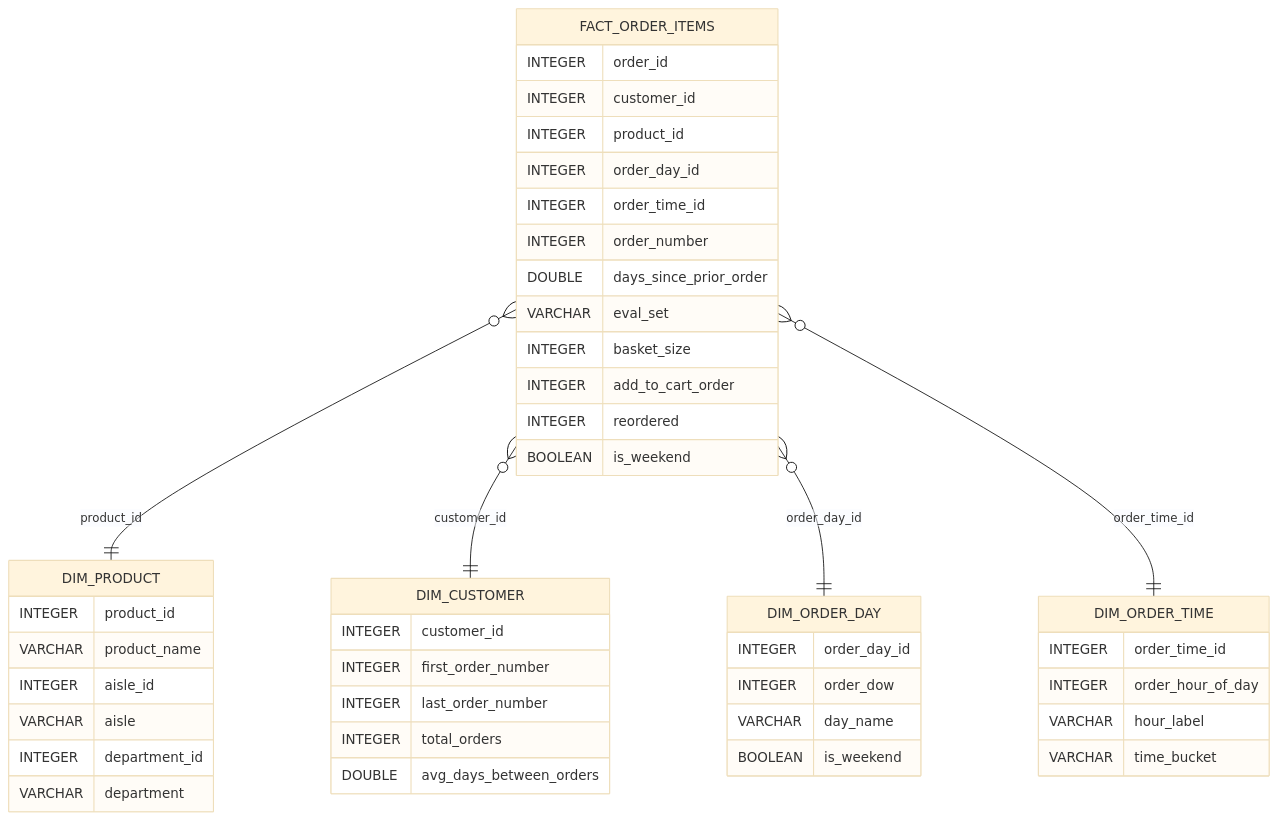
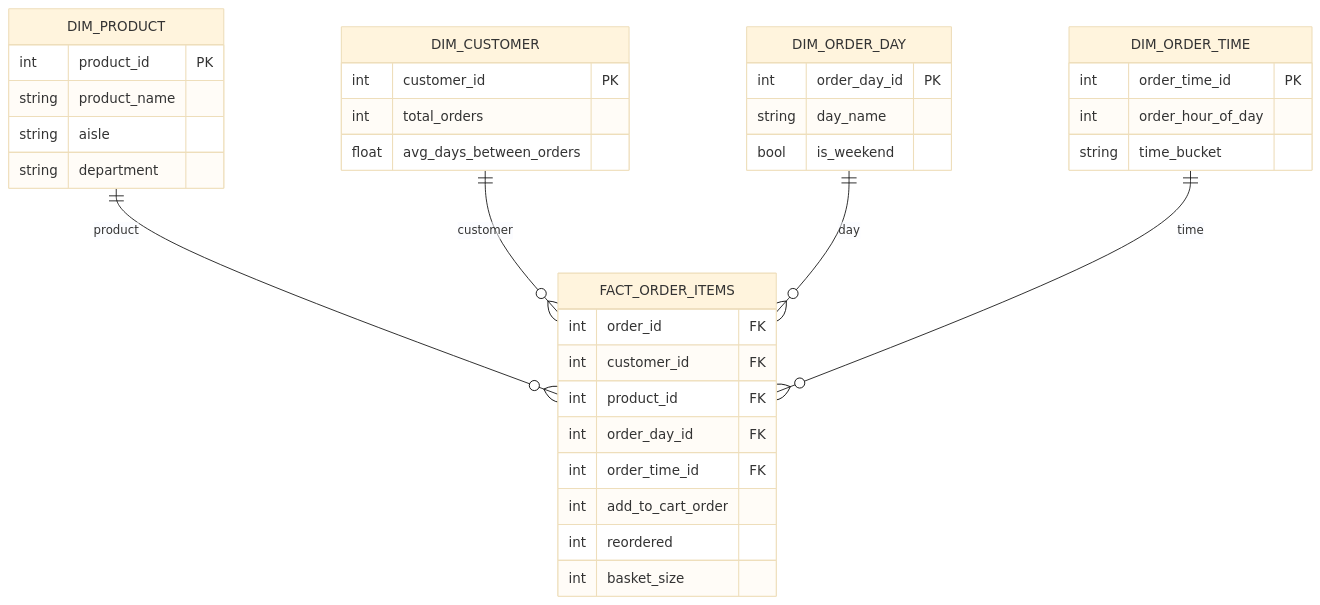
Before and after one commit to franc225/retailanalyticplatform: the diagram in README.md, drawn with Mermaid (base theme). The commit also changed other lines of this file and 5 other files, not shown here.

````diff
--- a/README.md
+++ b/README.md
@@ -80,53 +89,44 @@
 ```mermaid
 erDiagram
+
     FACT_ORDER_ITEMS {
-        INTEGER order_id
-        INTEGER customer_id
-        INTEGER product_id
-        INTEGER order_day_id
-        INTEGER order_time_id
-        INTEGER order_number
-        DOUBLE days_since_prior_order
-        VARCHAR eval_set
-        INTEGER basket_size
-        INTEGER add_to_cart_order
-        INTEGER reordered
-        BOOLEAN is_weekend
+        int order_id FK
+        int customer_id FK
+        int product_id FK
+        int order_day_id FK
+        int order_time_id FK
+        int add_to_cart_order
+        int reordered
+        int basket_size
     }
 
     DIM_PRODUCT {
-        INTEGER product_id
-        VARCHAR product_name
-        INTEGER aisle_id
-        VARCHAR aisle
-        INTEGER department_id
-        VARCHAR department
+        int product_id PK
+        string product_name
+        string aisle
+        string department
     }
 
     DIM_CUSTOMER {
-        INTEGER customer_id
-        INTEGER first_order_number
-        INTEGER last_order_number
-        INTEGER total_orders
-        DOUBLE avg_days_between_orders
+        int customer_id PK
+        int total_orders
+        float avg_days_between_orders
     }
 
     DIM_ORDER_DAY {
-        INTEGER order_day_id
-        INTEGER order_dow
-        VARCHAR day_name
-        BOOLEAN is_weekend
+        int order_day_id PK
+        string day_name
+        bool is_weekend
     }
 
     DIM_ORDER_TIME {
-        INTEGER order_time_id
-        INTEGER order_hour_of_day
-        VARCHAR hour_label
-        VARCHAR time_bucket
+        int order_time_id PK
+        int order_hour_of_day
+        string time_bucket
     }
 
-    FACT_ORDER_ITEMS }o--|| DIM_PRODUCT : product_id
-    FACT_ORDER_ITEMS }o--|| DIM_CUSTOMER : customer_id
-    FACT_ORDER_ITEMS }o--|| DIM_ORDER_DAY : order_day_id
-    FACT_ORDER_ITEMS }o--|| DIM_ORDER_TIME : order_time_id
+    DIM_PRODUCT ||--o{ FACT_ORDER_ITEMS : product
+    DIM_CUSTOMER ||--o{ FACT_ORDER_ITEMS : customer
+    DIM_ORDER_DAY ||--o{ FACT_ORDER_ITEMS : day
+    DIM_ORDER_TIME ||--o{ FACT_ORDER_ITEMS : time
 ```
````
